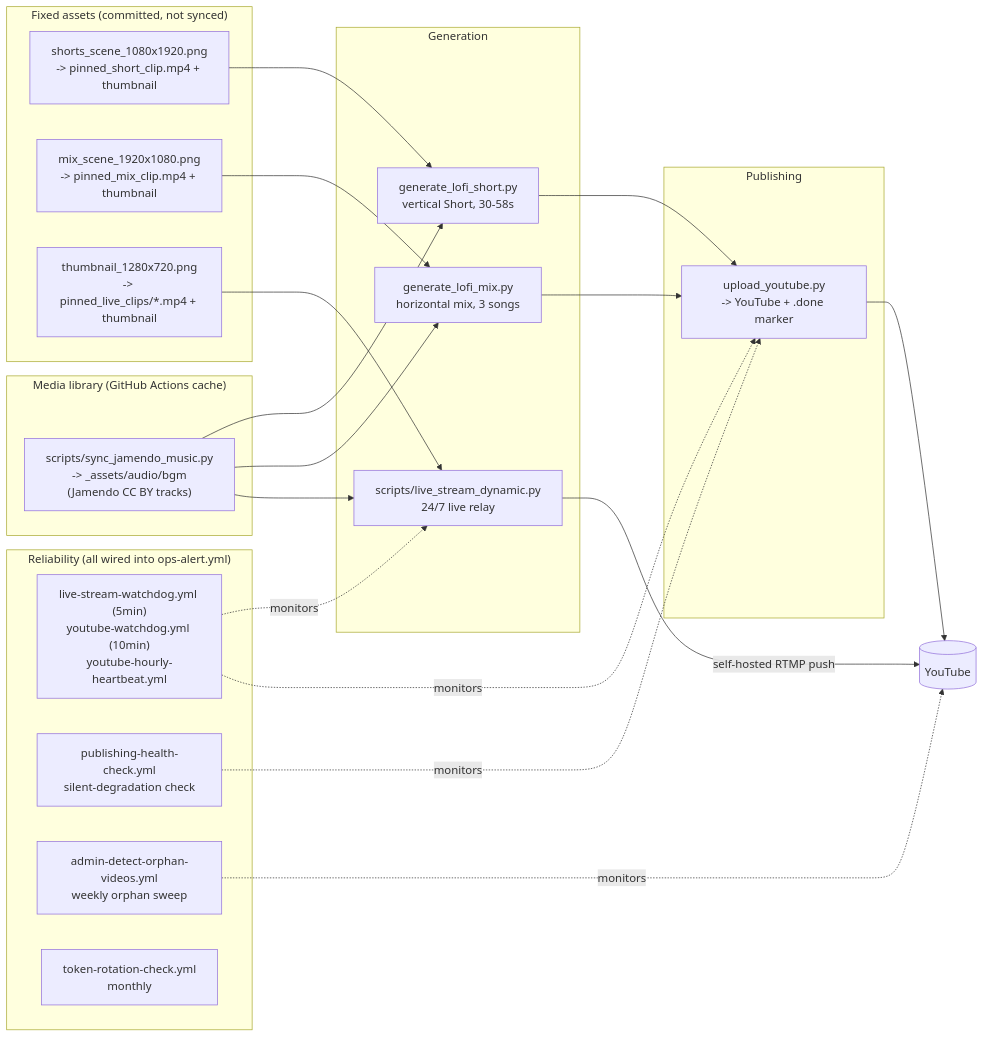
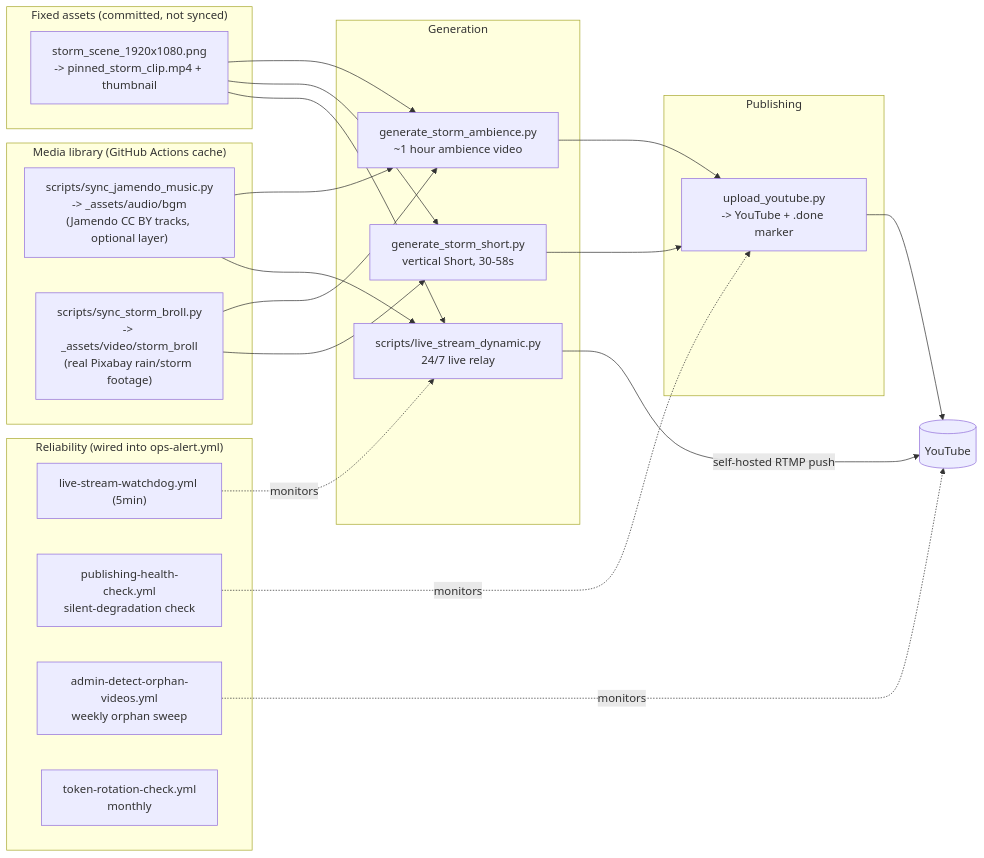
The diagram in README.md (non-s/non-s.github.io), drawn with Mermaid before and after one commit. The commit also changed other lines of this file and 71 other files, not shown here.

````diff
--- a/README.md
+++ b/README.md
@@ -158,44 +99,43 @@
 ```mermaid
 flowchart LR
     subgraph Fixed["Fixed assets (committed, not synced)"]
-        brandShort["shorts_scene_1080x1920.png<br/>-> pinned_short_clip.mp4 + thumbnail"]
-        brandMix["mix_scene_1920x1080.png<br/>-> pinned_mix_clip.mp4 + thumbnail"]
-        brandLive["thumbnail_1280x720.png<br/>-> pinned_live_clips/*.mp4 + thumbnail"]
+        brandStorm["storm_scene_1920x1080.png<br/>-> pinned_storm_clip.mp4 + thumbnail"]
     end
 
     subgraph Sync["Media library (GitHub Actions cache)"]
-        bgm["scripts/sync_jamendo_music.py<br/>-> _assets/audio/bgm<br/>(Jamendo CC BY tracks)"]
+        bgm["scripts/sync_jamendo_music.py<br/>-> _assets/audio/bgm<br/>(Jamendo CC BY tracks, optional layer)"]
+        broll["scripts/sync_storm_broll.py<br/>-> _assets/video/storm_broll<br/>(real Pixabay rain/storm footage)"]
     end
 
     subgraph Generate["Generation"]
-        short["generate_lofi_short.py<br/>vertical Short, 30-58s"]
-        mix["generate_lofi_mix.py<br/>horizontal mix, 3 songs"]
+        long["generate_storm_ambience.py<br/>~1 hour ambience video"]
+        short["generate_storm_short.py<br/>vertical Short, 30-58s"]
         live["scripts/live_stream_dynamic.py<br/>24/7 live relay"]
     end
 
     subgraph Publish["Publishing"]
         upload["upload_youtube.py<br/>-> YouTube + .done marker"]
     end
 
-    subgraph Reliability["Reliability (all wired into ops-alert.yml)"]
-        watchdogs["live-stream-watchdog.yml (5min)<br/>youtube-watchdog.yml (10min)<br/>youtube-hourly-heartbeat.yml"]
+    subgraph Reliability["Reliability (wired into ops-alert.yml)"]
+        watchdogs["live-stream-watchdog.yml (5min)"]
         health["publishing-health-check.yml<br/>silent-degradation check"]
         orphans["admin-detect-orphan-videos.yml<br/>weekly orphan sweep"]
         rotation["token-rotation-check.yml<br/>monthly"]
     end
 
-    brandShort --> short
-    bgm --> short
-    brandMix --> mix
-    bgm --> mix
-    brandLive --> live
+    brandStorm --> long
+    brandStorm --> short
+    brandStorm --> live
+    broll --> long
+    broll --> short
+    bgm --> long
     bgm --> live
+    long --> upload
     short --> upload
-    mix --> upload
     live -->|self-hosted RTMP push| YouTube[(YouTube)]
     upload --> YouTube
     watchdogs -.monitors.-> live
-    watchdogs -.monitors.-> upload
     health -.monitors.-> upload
     orphans -.monitors.-> YouTube
 ```
````
